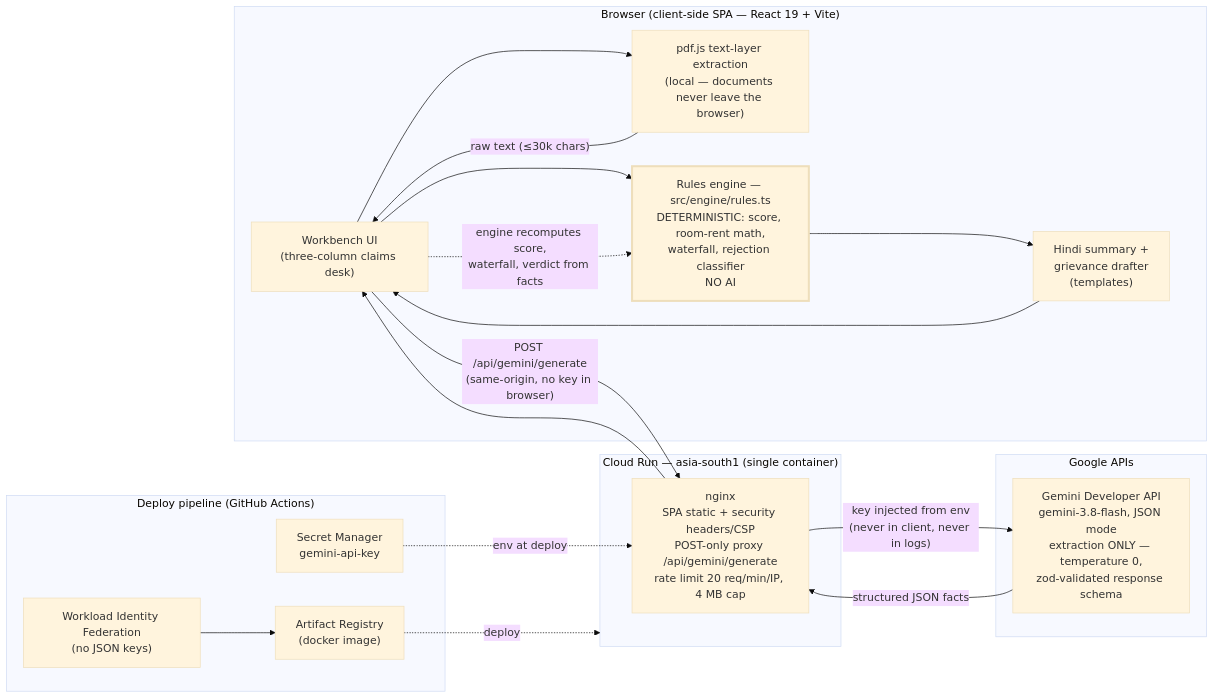
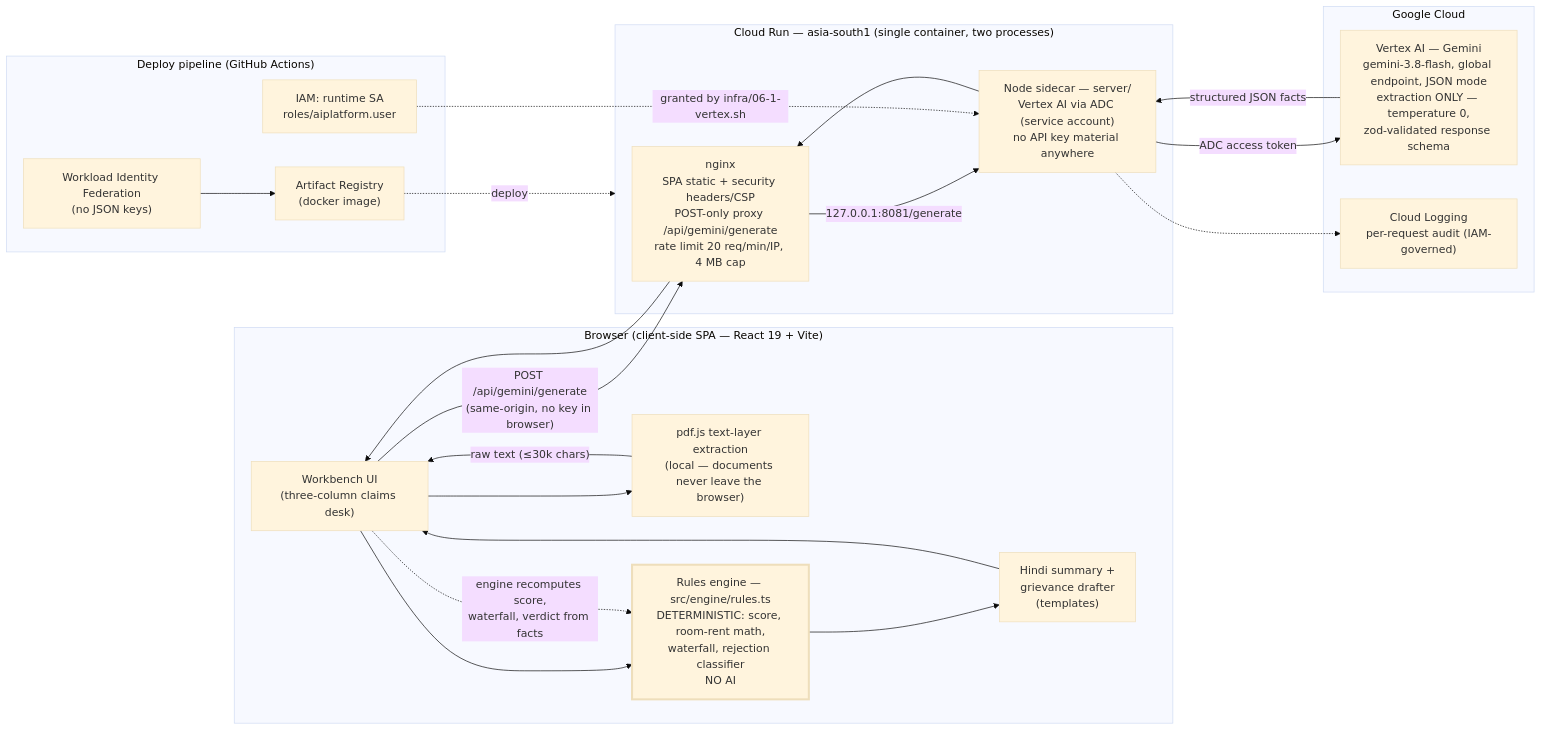
The diagram in docs/architecture.md (amoghng7/claimsahayak), drawn with Mermaid (base theme) before and after one commit. The commit also changed other lines of this file and 19 other files, not shown here.

First line of the commit message:
feat: Vertex AI sidecar replaces the API-key Gemini proxy (6.1)

````diff
--- a/docs/architecture.md
+++ b/docs/architecture.md
@@ -7,37 +7,41 @@
 ```mermaid
 flowchart LR
     subgraph browser["Browser (client-side SPA — React 19 + Vite)"]
         UI["Workbench UI\n(three-column claims desk)"]
         PDF["pdf.js text-layer extraction\n(local — documents never leave the browser)"]
         ENGINE["Rules engine — src/engine/rules.ts\nDETERMINISTIC: score, room-rent math,\nwaterfall, rejection classifier\nNO AI"]
         HINDI["Hindi summary +\ngrievance drafter\n(templates)"]
         UI --> PDF
         PDF -->|"raw text (≤30k chars)"| UI
         UI --> ENGINE
         ENGINE --> HINDI --> UI
     end
 
-    subgraph cloudrun["Cloud Run — asia-south1 (single container)"]
+    subgraph cloudrun["Cloud Run — asia-south1 (single container, two processes)"]
         NGINX["nginx\nSPA static + security headers/CSP\nPOST-only proxy /api/gemini/generate\nrate limit 20 req/min/IP, 4 MB cap"]
+        SIDECAR["Node sidecar — server/\nVertex AI via ADC (service account)\nno API key material anywhere"]
+        NGINX -->|"127.0.0.1:8081/generate"| SIDECAR
     end
 
-    subgraph google["Google APIs"]
-        GEMINI["Gemini Developer API\ngemini-3.8-flash, JSON mode\nextraction ONLY — temperature 0,\nzod-validated response schema"]
+    subgraph google["Google Cloud"]
+        VERTEX["Vertex AI — Gemini\ngemini-3.8-flash, global endpoint, JSON mode\nextraction ONLY — temperature 0,\nzod-validated response schema"]
+        LOGS["Cloud Logging\nper-request audit (IAM-governed)"]
     end
 
     subgraph ci["Deploy pipeline (GitHub Actions)"]
         WIF["Workload Identity Federation\n(no JSON keys)"]
         AR["Artifact Registry\n(docker image)"]
-        SM["Secret Manager\ngemini-api-key"]
+        IAM["IAM: runtime SA\nroles/aiplatform.user"]
         WIF --> AR
     end
 
     UI -->|"POST /api/gemini/generate\n(same-origin, no key in browser)"| NGINX
-    NGINX -->|"key injected from env\n(never in client, never in logs)"| GEMINI
-    GEMINI -->|"structured JSON facts"| NGINX --> UI
+    SIDECAR -->|"ADC access token"| VERTEX
+    VERTEX -->|"structured JSON facts"| SIDECAR --> NGINX --> UI
+    SIDECAR -.-> LOGS
     UI -.->|"engine recomputes score,\nwaterfall, verdict from facts"| ENGINE
-    SM -.->|"env at deploy"| NGINX
+    IAM -.->|"granted by infra/06-1-vertex.sh"| SIDECAR
     AR -.->|deploy| cloudrun
 
     style ENGINE stroke-width:3px
 ```
````
